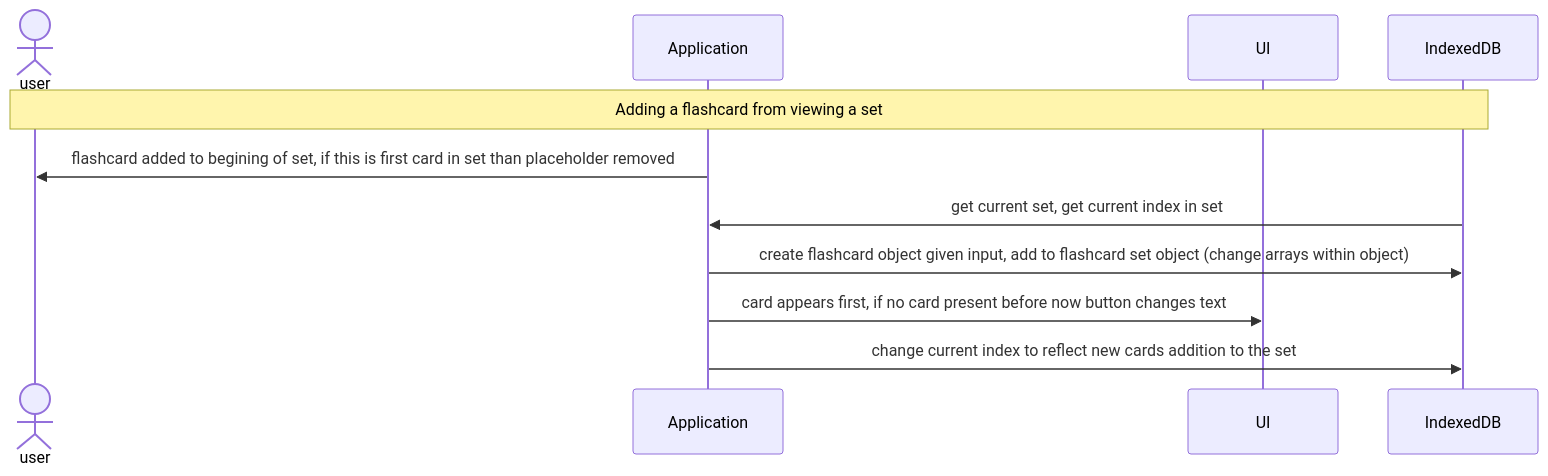
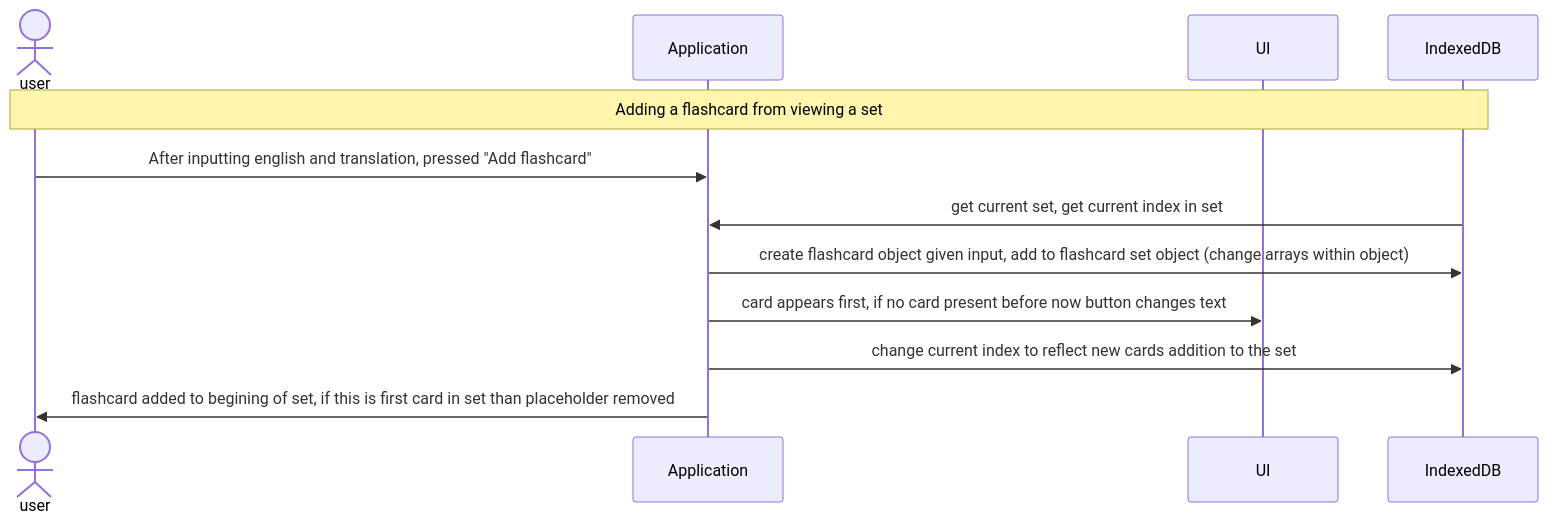
Before and after one commit to Henry-WK/henry-wk.github.io: the diagram in mermaid.md, drawn with Mermaid.

````diff
--- a/mermaid.md
+++ b/mermaid.md
@@ -1,14 +1,15 @@
 ```mermaid
   sequenceDiagram
   actor user
   participant app as Application
   participant ui as UI
   participant db as IndexedDB
 
   Note over user,db: Adding a flashcard from viewing a set
-  app->>user: flashcard added to begining of set, if this is first card in set than placeholder removed
+  user->>app: After inputting english and translation, pressed "Add flashcard" 
   db->>app: get current set, get current index in set
   app->>db: create flashcard object given input, add to flashcard set object (change arrays within object)
   app->>ui: card appears first, if no card present before now button changes text
   app->>db: change current index to reflect new cards addition to the set
+  app->>user: flashcard added to begining of set, if this is first card in set than placeholder removed
 ```
````
